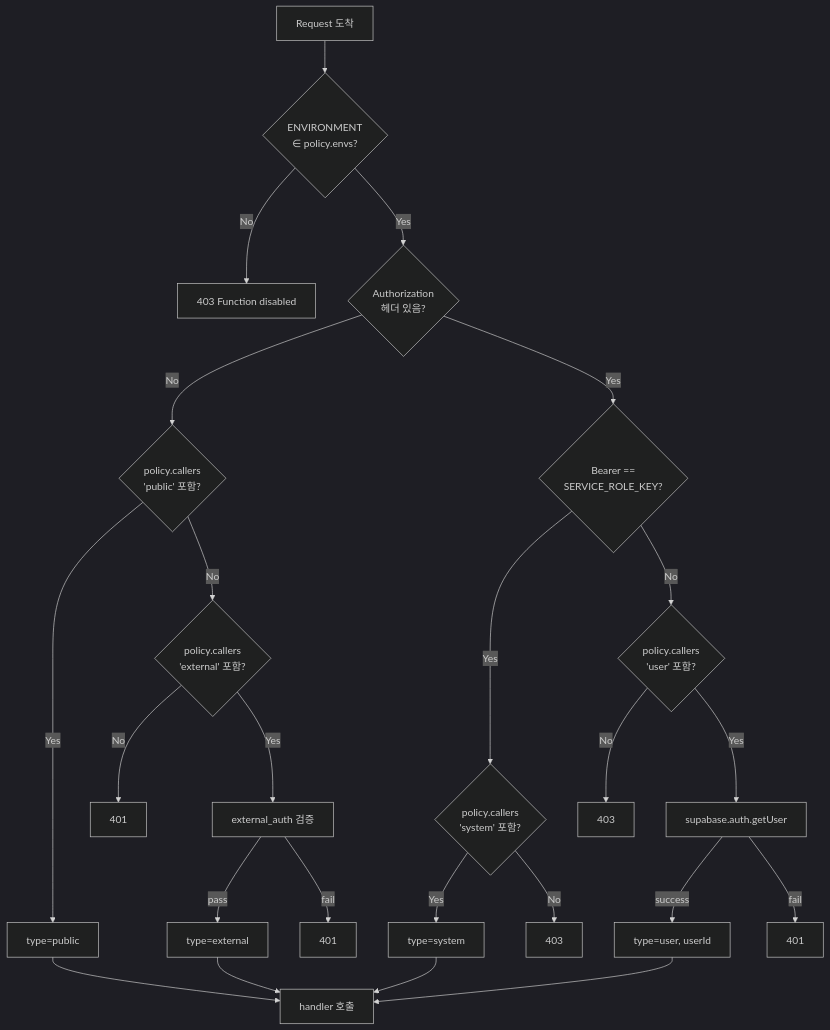
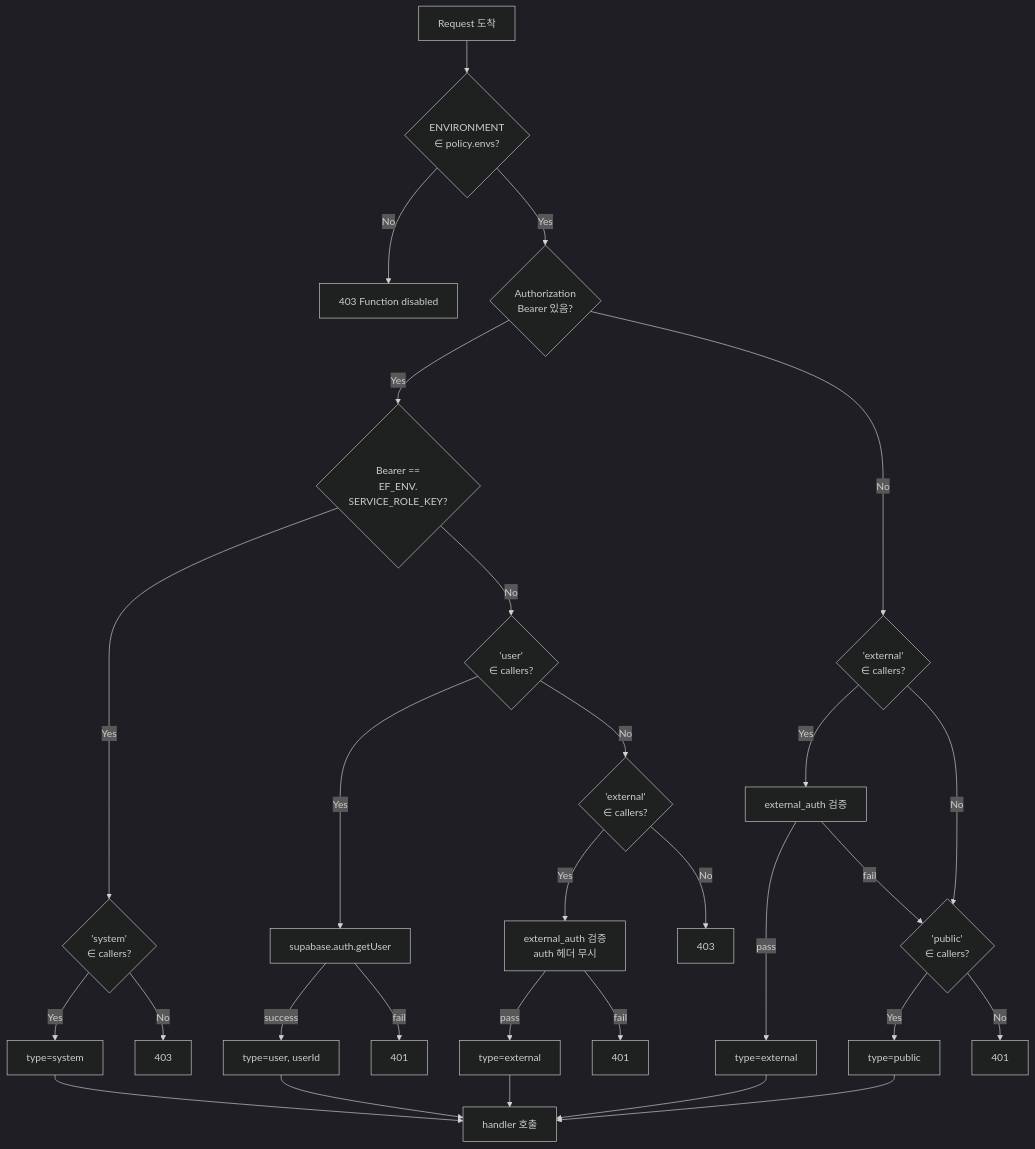
The second of 3 diagrams in docs/architecture/edge-function-auth.md (Mark-Yun/minglit), drawn with Mermaid (dark theme) before and after one commit. The commit also changed other lines of this file, not shown here.

First line of the commit message:
docs(architecture): EF auth doc v2 — 14개 모호함/오류 수정

````diff
--- a/docs/architecture/edge-function-auth.md
+++ b/docs/architecture/edge-function-auth.md
@@ -316,29 +446,34 @@
 ```mermaid
 flowchart TD
     Req[Request 도착] --> EnvCheck{ENVIRONMENT<br/>∈ policy.envs?}
-    EnvCheck -- No --> E403[403 Function disabled]
-    EnvCheck -- Yes --> AuthHeader{Authorization<br/>헤더 있음?}
-    
-    AuthHeader -- No --> Public{policy.callers<br/>'public' 포함?}
-    Public -- Yes --> Pass1[type=public]
-    Public -- No --> Ext{policy.callers<br/>'external' 포함?}
-    Ext -- Yes --> ExtCheck[external_auth 검증]
-    Ext -- No --> E401_1[401]
-    ExtCheck -- pass --> Pass2[type=external]
-    ExtCheck -- fail --> E401_2[401]
-    
-    AuthHeader -- Yes --> SysMatch{Bearer ==<br/>SERVICE_ROLE_KEY?}
-    SysMatch -- Yes --> Sys{policy.callers<br/>'system' 포함?}
-    Sys -- Yes --> Pass3[type=system]
-    Sys -- No --> E403_2[403]
-    SysMatch -- No --> UserAllow{policy.callers<br/>'user' 포함?}
+    EnvCheck -- No --> E403_env[403 Function disabled]
+    EnvCheck -- Yes --> AuthHeader{Authorization<br/>Bearer 있음?}
+
+    AuthHeader -- Yes --> SysMatch{Bearer ==<br/>EF_ENV.<br/>SERVICE_ROLE_KEY?}
+    SysMatch -- Yes --> Sys{'system'<br/>∈ callers?}
+    Sys -- Yes --> Pass_sys[type=system]
+    Sys -- No --> E403_sys[403]
+    SysMatch -- No --> UserAllow{'user'<br/>∈ callers?}
     UserAllow -- Yes --> Decode[supabase.auth.getUser]
-    UserAllow -- No --> E403_3[403]
-    Decode -- success --> Pass4[type=user, userId]
-    Decode -- fail --> E401_3[401]
-    
-    Pass1 --> Handler[handler 호출]
-    Pass2 --> Handler
-    Pass3 --> Handler
-    Pass4 --> Handler
+    Decode -- success --> Pass_user[type=user, userId]
+    Decode -- fail --> E401_user[401]
+    UserAllow -- No --> ExtAllow1{'external'<br/>∈ callers?}
+    ExtAllow1 -- Yes --> ExtCheck1[external_auth 검증<br/>auth 헤더 무시]
+    ExtAllow1 -- No --> E403_user2[403]
+    ExtCheck1 -- pass --> Pass_ext1[type=external]
+    ExtCheck1 -- fail --> E401_ext1[401]
+
+    AuthHeader -- No --> ExtAllow2{'external'<br/>∈ callers?}
+    ExtAllow2 -- Yes --> ExtCheck2[external_auth 검증]
+    ExtCheck2 -- pass --> Pass_ext2[type=external]
+    ExtCheck2 -- fail --> Pub1{'public'<br/>∈ callers?}
+    ExtAllow2 -- No --> Pub1
+    Pub1 -- Yes --> Pass_pub[type=public]
+    Pub1 -- No --> E401_none[401]
+
+    Pass_sys --> Handler[handler 호출]
+    Pass_user --> Handler
+    Pass_ext1 --> Handler
+    Pass_ext2 --> Handler
+    Pass_pub --> Handler
 ```
````
